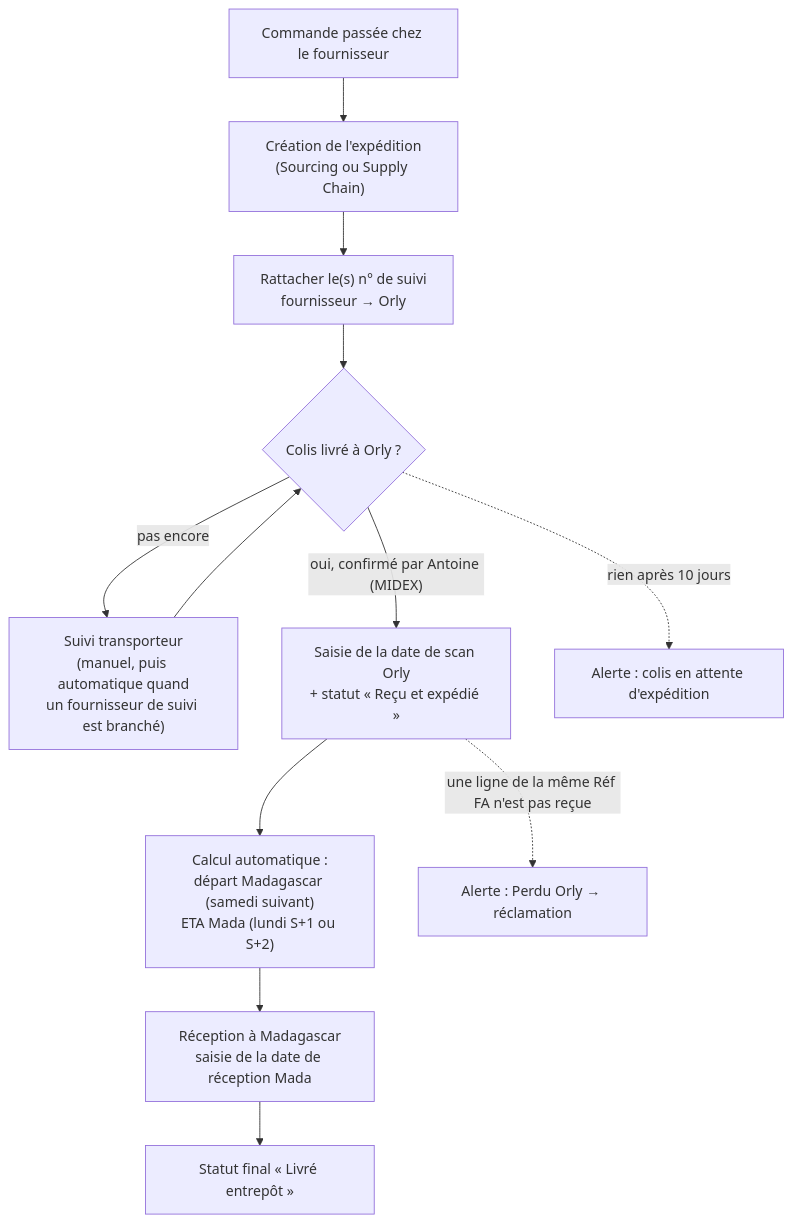
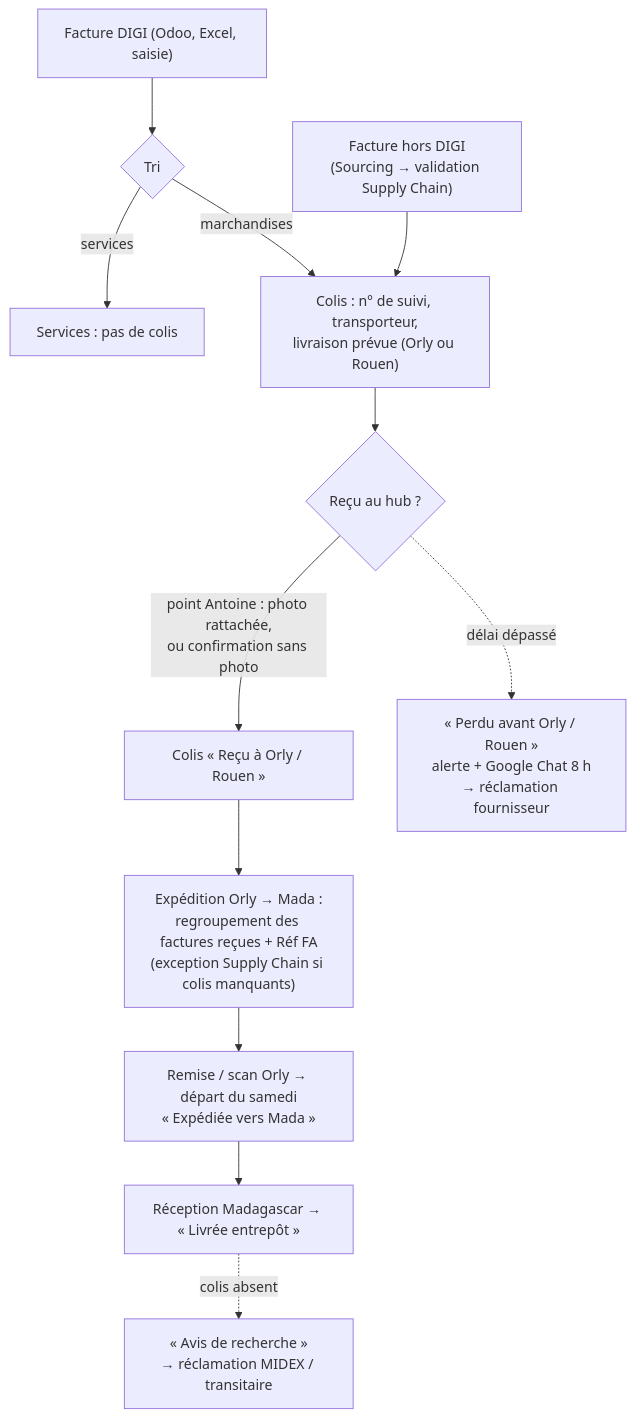
One commit to mano1oa/Shipment-Manager changed the diagram in README.md. Above: the diagram before and after it, drawn with Mermaid. The commit also changed other lines of this file and 14 other files, not shown here.

````diff
--- a/README.md
+++ b/README.md
@@ -141,15 +154,14 @@
 ```mermaid
 flowchart TD
-    A[Commande passée chez le fournisseur] --> B["Création de l'expédition<br/>(Sourcing ou Supply Chain)"]
-    B --> C["Rattacher le(s) n° de suivi<br/>fournisseur → Orly"]
-    C --> D{Colis livré à Orly ?}
-    D -- "pas encore" --> E["Suivi transporteur<br/>(manuel, puis automatique quand<br/>un fournisseur de suivi est branché)"]
-    E --> D
-    D -- "oui, confirmé par Antoine (MIDEX)" --> F["Saisie de la date de scan Orly<br/>+ statut « Reçu et expédié »"]
-    F --> G["Calcul automatique :<br/>départ Madagascar (samedi suivant)<br/>ETA Mada (lundi S+1 ou S+2)"]
-    G --> H["Réception à Madagascar<br/>saisie de la date de réception Mada"]
-    H --> I["Statut final « Livré entrepôt »"]
-
-    D -. "rien après 10 jours" .-> X["Alerte : colis en attente d'expédition"]
-    F -. "une ligne de la même Réf FA n'est pas reçue" .-> Y["Alerte : Perdu Orly → réclamation"]
+    A["Facture DIGI (Odoo, Excel, saisie)"] --> T{"Tri"}
+    T -- services --> S["Services : pas de colis"]
+    T -- marchandises --> C
+    H["Facture hors DIGI<br/>(Sourcing → validation Supply Chain)"] --> C
+    C["Colis : n° de suivi, transporteur,<br/>livraison prévue (Orly ou Rouen)"] --> R{"Reçu au hub ?"}
+    R -- "point Antoine : photo rattachée,<br/>ou confirmation sans photo" --> OK["Colis « Reçu à Orly / Rouen »"]
+    R -. "délai dépassé" .-> L["« Perdu avant Orly / Rouen »<br/>alerte + Google Chat 8 h<br/>→ réclamation fournisseur"]
+    OK --> G["Expédition Orly → Mada :<br/>regroupement des factures reçues + Réf FA<br/>(exception Supply Chain si colis manquants)"]
+    G --> D["Remise / scan Orly → départ du samedi<br/>« Expédiée vers Mada »"]
+    D --> M["Réception Madagascar → « Livrée entrepôt »"]
+    M -. "colis absent" .-> AR["« Avis de recherche »<br/>→ réclamation MIDEX / transitaire"]
 ```
````
